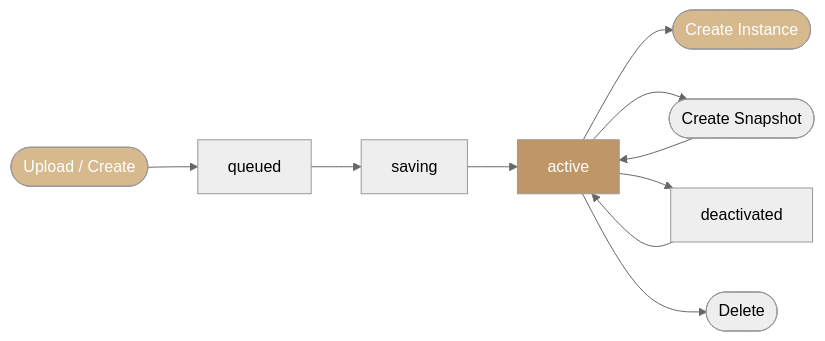
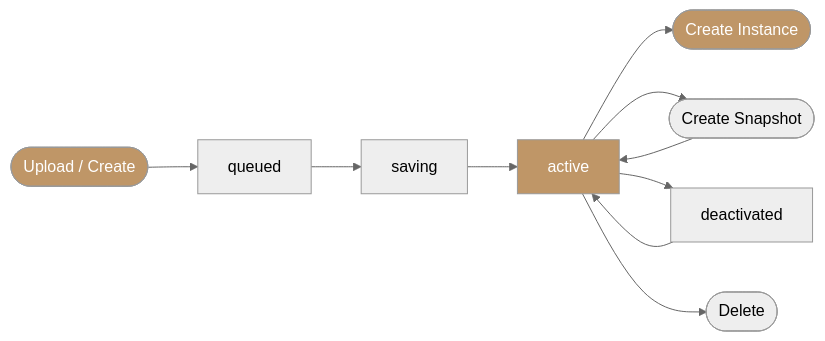
Before and after one commit to ankur-kumar87/docs-polystack: the diagram in services/images/index.mdx, drawn with Mermaid (neutral theme). The commit also changed 186 other files, not shown here.

````diff
--- a/services/images/index.mdx
+++ b/services/images/index.mdx
@@ -58,15 +58,15 @@
 ```mermaid
 graph LR
     A([Upload / Create]) --> B[queued]
     B --> C[saving]
     C --> D[active]
     D --> E([Create Instance])
     D --> F([Create Snapshot])
     F --> D
     D --> G[deactivated]
     G --> D
     D --> H([Delete])
     style D fill:#bf9667,color:#fff
-    style A fill:#d7b98e,color:#fff
-    style E fill:#d7b98e,color:#fff
+    style A fill:#bf9667,color:#fff
+    style E fill:#bf9667,color:#fff
 ```
````
